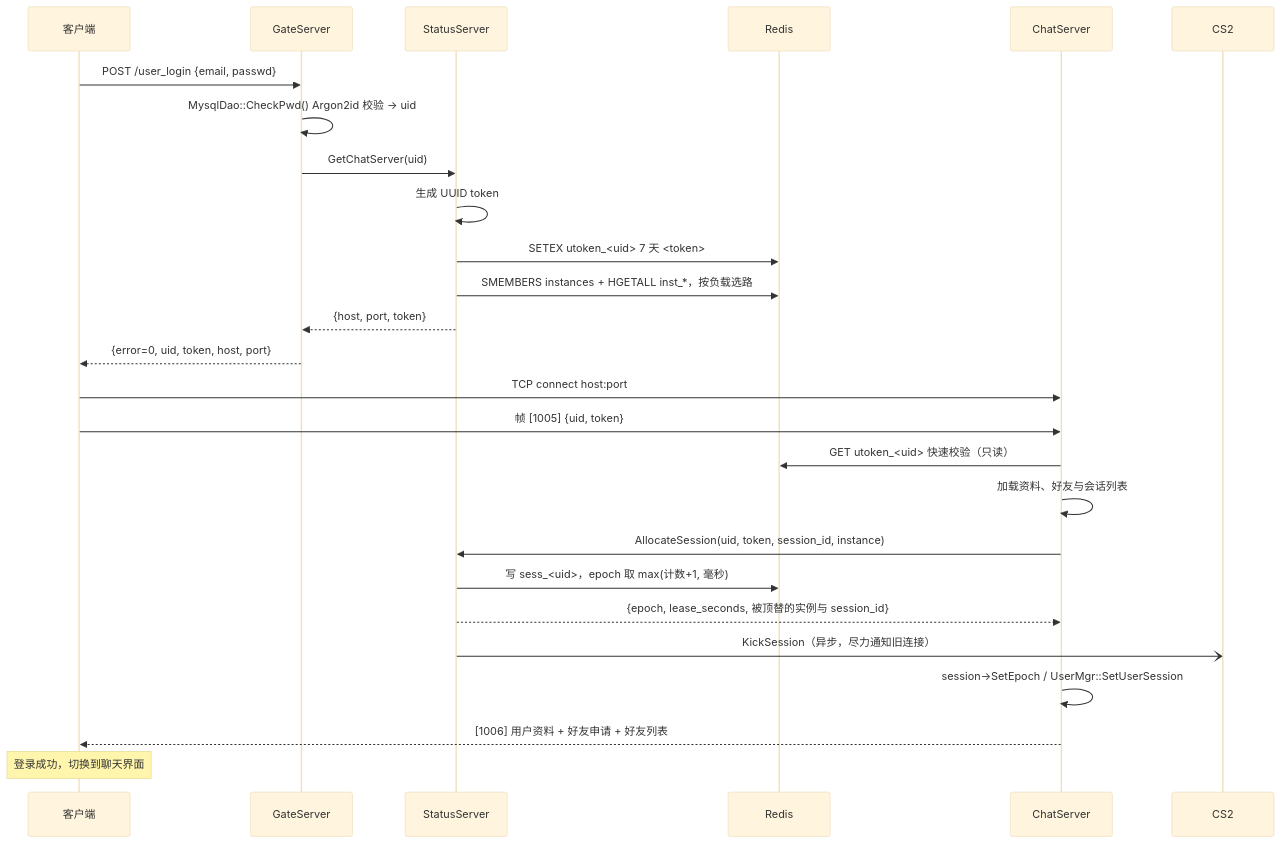
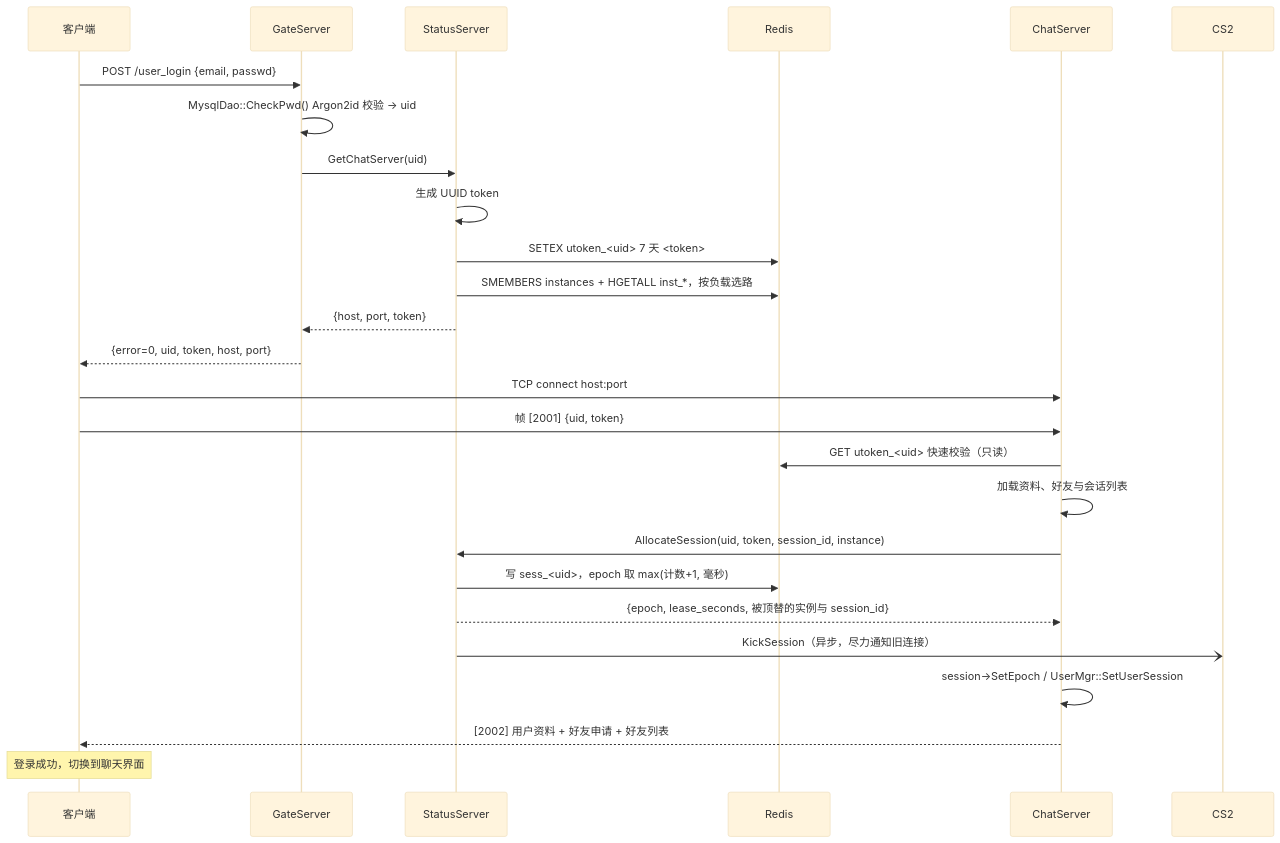
The third of 5 diagrams in docs/01-architecture.md (yrc920/yunjian), drawn with Mermaid (base theme) before and after one commit. The commit also changed other lines of this file and 78 other files, not shown here.

````diff
--- a/docs/01-architecture.md
+++ b/docs/01-architecture.md
@@ -145,29 +145,29 @@
 ```mermaid
 sequenceDiagram
     participant C as 客户端
     participant G as GateServer
     participant S as StatusServer
     participant R as Redis
     participant CS as ChatServer
 
     C->>G: POST /user_login {email, passwd}
     G->>G: MysqlDao::CheckPwd() Argon2id 校验 → uid
     G->>S: GetChatServer(uid)
     S->>S: 生成 UUID token
     S->>R: SETEX utoken_#lt;uid#gt; 7 天 #lt;token#gt;
     S->>R: SMEMBERS instances + HGETALL inst_*，按负载选路
     S-->>G: {host, port, token}
     G-->>C: {error=0, uid, token, host, port}
 
     C->>CS: TCP connect host:port
-    C->>CS: 帧 [1005] {uid, token}
+    C->>CS: 帧 [2001] {uid, token}
     CS->>R: GET utoken_#lt;uid#gt; 快速校验（只读）
     CS->>CS: 加载资料、好友与会话列表
     CS->>S: AllocateSession(uid, token, session_id, instance)
     S->>R: 写 sess_#lt;uid#gt;，epoch 取 max(计数+1, 毫秒)
     S-->>CS: {epoch, lease_seconds, 被顶替的实例与 session_id}
     S-)CS2: KickSession（异步，尽力通知旧连接）
     CS->>CS: session->SetEpoch / UserMgr::SetUserSession
-    CS-->>C: [1006] 用户资料 + 好友申请 + 好友列表
+    CS-->>C: [2002] 用户资料 + 好友申请 + 好友列表
     Note over C: 登录成功，切换到聊天界面
 ```
````
